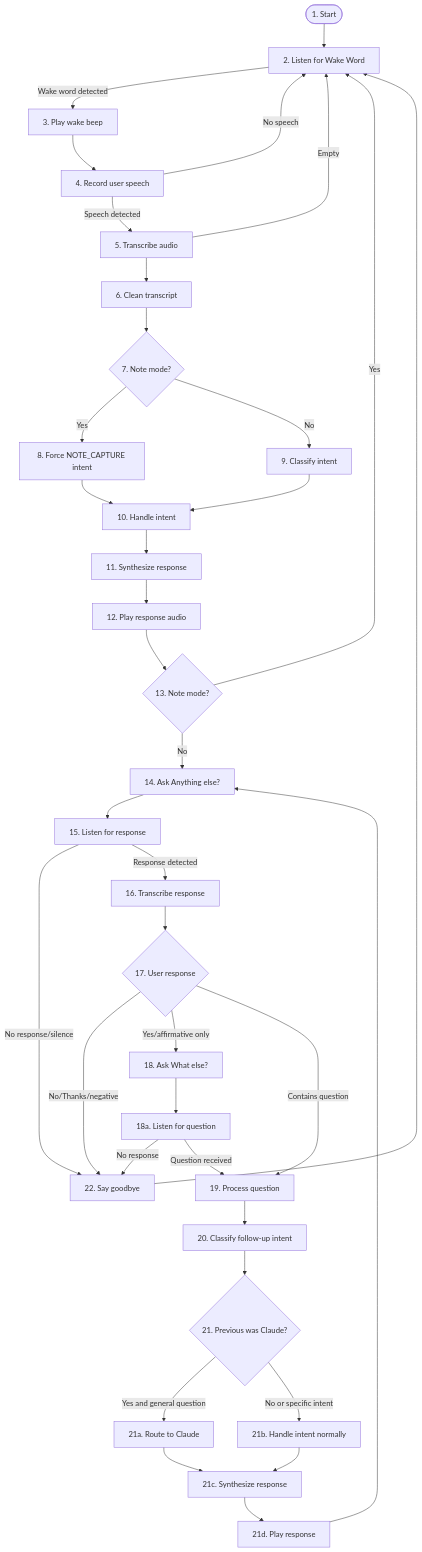
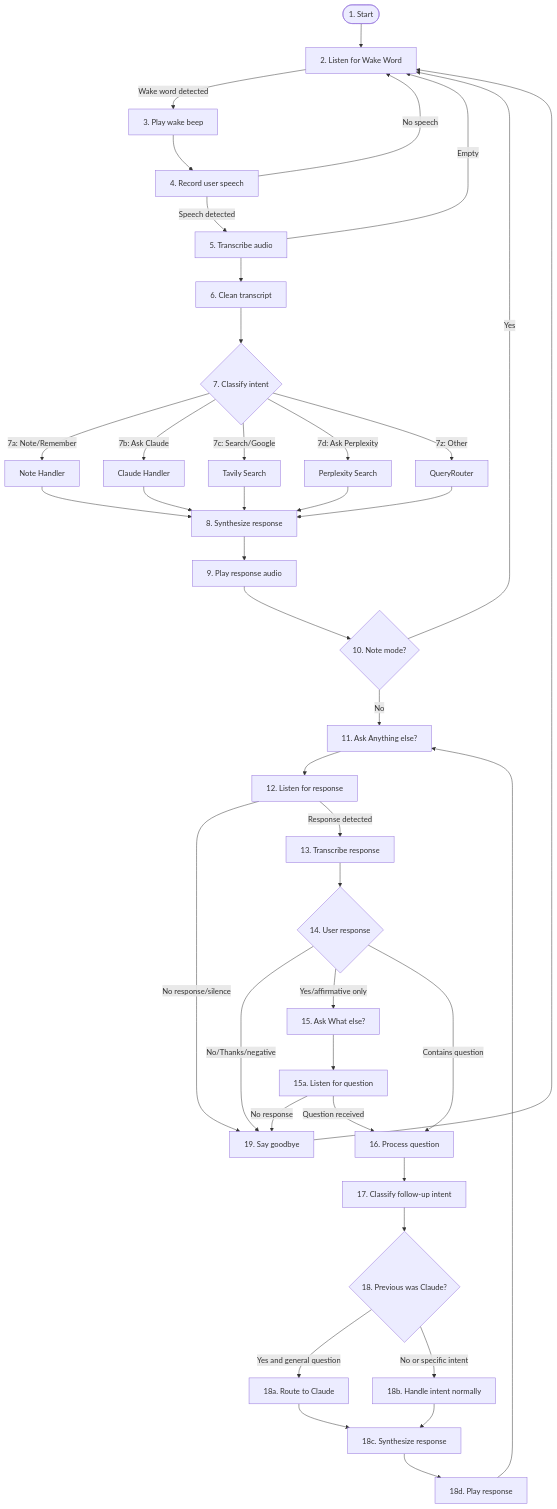
One commit to adarkazanli/RPVA changed the first of 7 diagrams in docs/conversation-flow.md. Above: the diagram before and after it, drawn with Mermaid. The commit also changed other lines of this file and 1 other file, not shown here.

Commit message:
docs: show 7a-7z routing branches in main flow diagram
Update high-level flow diagram to clearly show Step 7 routing:
- 7a: Note/Remember → Note Handler
- 7b: Ask Claude → Claude Handler
- 7c: Search/Google → Tavily Search
- 7d: Ask Perplexity → Perplexity Search
- 7z: Other → QueryRouter

Renumber subsequent steps and update Node Reference table.

🤖 Generated with [Claude Code](https://claude.com/claude-code)

````diff
--- a/docs/conversation-flow.md
+++ b/docs/conversation-flow.md
@@ -9,51 +9,56 @@
 ```mermaid
 flowchart TD
     START([1. Start]) --> LISTEN[2. Listen for Wake Word]
     LISTEN --> |Wake word detected| BEEP1[3. Play wake beep]
     BEEP1 --> RECORD[4. Record user speech]
     RECORD --> |No speech| LISTEN
     RECORD --> |Speech detected| TRANSCRIBE[5. Transcribe audio]
     TRANSCRIBE --> |Empty| LISTEN
     TRANSCRIBE --> CLEAN[6. Clean transcript]
-    CLEAN --> MODE{7. Note mode?}
+    CLEAN --> CLASSIFY{7. Classify intent}
 
-    MODE --> |Yes| NOTE_INTENT[8. Force NOTE_CAPTURE intent]
-    MODE --> |No| CLASSIFY[9. Classify intent]
+    CLASSIFY --> |7a: Note/Remember| NOTE_HANDLER[Note Handler]
+    CLASSIFY --> |7b: Ask Claude| CLAUDE_HANDLER[Claude Handler]
+    CLASSIFY --> |7c: Search/Google| WEB_HANDLER[Tavily Search]
+    CLASSIFY --> |7d: Ask Perplexity| PERPLEXITY_HANDLER[Perplexity Search]
+    CLASSIFY --> |7z: Other| QUERY_ROUTER[QueryRouter]
 
-    NOTE_INTENT --> HANDLE_INTENT
-    CLASSIFY --> HANDLE_INTENT[10. Handle intent]
+    NOTE_HANDLER --> SYNTHESIZE[8. Synthesize response]
+    CLAUDE_HANDLER --> SYNTHESIZE
+    WEB_HANDLER --> SYNTHESIZE
+    PERPLEXITY_HANDLER --> SYNTHESIZE
+    QUERY_ROUTER --> SYNTHESIZE
 
-    HANDLE_INTENT --> SYNTHESIZE[11. Synthesize response]
-    SYNTHESIZE --> PLAY[12. Play response audio]
+    SYNTHESIZE --> PLAY[9. Play response audio]
 
-    PLAY --> NOTE_CHECK{13. Note mode?}
+    PLAY --> NOTE_CHECK{10. Note mode?}
     NOTE_CHECK --> |Yes| LISTEN
-    NOTE_CHECK --> |No| ANYTHING_ELSE[14. Ask Anything else?]
+    NOTE_CHECK --> |No| ANYTHING_ELSE[11. Ask Anything else?]
 
-    ANYTHING_ELSE --> AE_LISTEN[15. Listen for response]
-    AE_LISTEN --> |No response/silence| GOODBYE[22. Say goodbye]
-    AE_LISTEN --> |Response detected| AE_TRANSCRIBE[16. Transcribe response]
+    ANYTHING_ELSE --> AE_LISTEN[12. Listen for response]
+    AE_LISTEN --> |No response/silence| GOODBYE[19. Say goodbye]
+    AE_LISTEN --> |Response detected| AE_TRANSCRIBE[13. Transcribe response]
 
-    AE_TRANSCRIBE --> AE_CHECK{17. User response}
+    AE_TRANSCRIBE --> AE_CHECK{14. User response}
     AE_CHECK --> |No/Thanks/negative| GOODBYE
-    AE_CHECK --> |Yes/affirmative only| PROMPT[18. Ask What else?]
-    AE_CHECK --> |Contains question| PROCESS_FOLLOWUP[19. Process question]
+    AE_CHECK --> |Yes/affirmative only| PROMPT[15. Ask What else?]
+    AE_CHECK --> |Contains question| PROCESS_FOLLOWUP[16. Process question]
 
-    PROMPT --> PROMPT_LISTEN[18a. Listen for question]
+    PROMPT --> PROMPT_LISTEN[15a. Listen for question]
     PROMPT_LISTEN --> |No response| GOODBYE
     PROMPT_LISTEN --> |Question received| PROCESS_FOLLOWUP
 
-    PROCESS_FOLLOWUP --> CLASSIFY_FOLLOWUP[20. Classify follow-up intent]
-    CLASSIFY_FOLLOWUP --> CLAUDE_CHECK{21. Previous was Claude?}
+    PROCESS_FOLLOWUP --> CLASSIFY_FOLLOWUP[17. Classify follow-up intent]
+    CLASSIFY_FOLLOWUP --> CLAUDE_CHECK{18. Previous was Claude?}
 
-    CLAUDE_CHECK --> |Yes and general question| ROUTE_CLAUDE[21a. Route to Claude]
-    CLAUDE_CHECK --> |No or specific intent| HANDLE_FOLLOWUP[21b. Handle intent normally]
+    CLAUDE_CHECK --> |Yes and general question| ROUTE_CLAUDE[18a. Route to Claude]
+    CLAUDE_CHECK --> |No or specific intent| HANDLE_FOLLOWUP[18b. Handle intent normally]
 
-    ROUTE_CLAUDE --> SYNTH_FOLLOWUP[21c. Synthesize response]
+    ROUTE_CLAUDE --> SYNTH_FOLLOWUP[18c. Synthesize response]
     HANDLE_FOLLOWUP --> SYNTH_FOLLOWUP
 
-    SYNTH_FOLLOWUP --> PLAY_FOLLOWUP[21d. Play response]
+    SYNTH_FOLLOWUP --> PLAY_FOLLOWUP[18d. Play response]
     PLAY_FOLLOWUP --> ANYTHING_ELSE
 
     GOODBYE --> LISTEN
 ```
````
